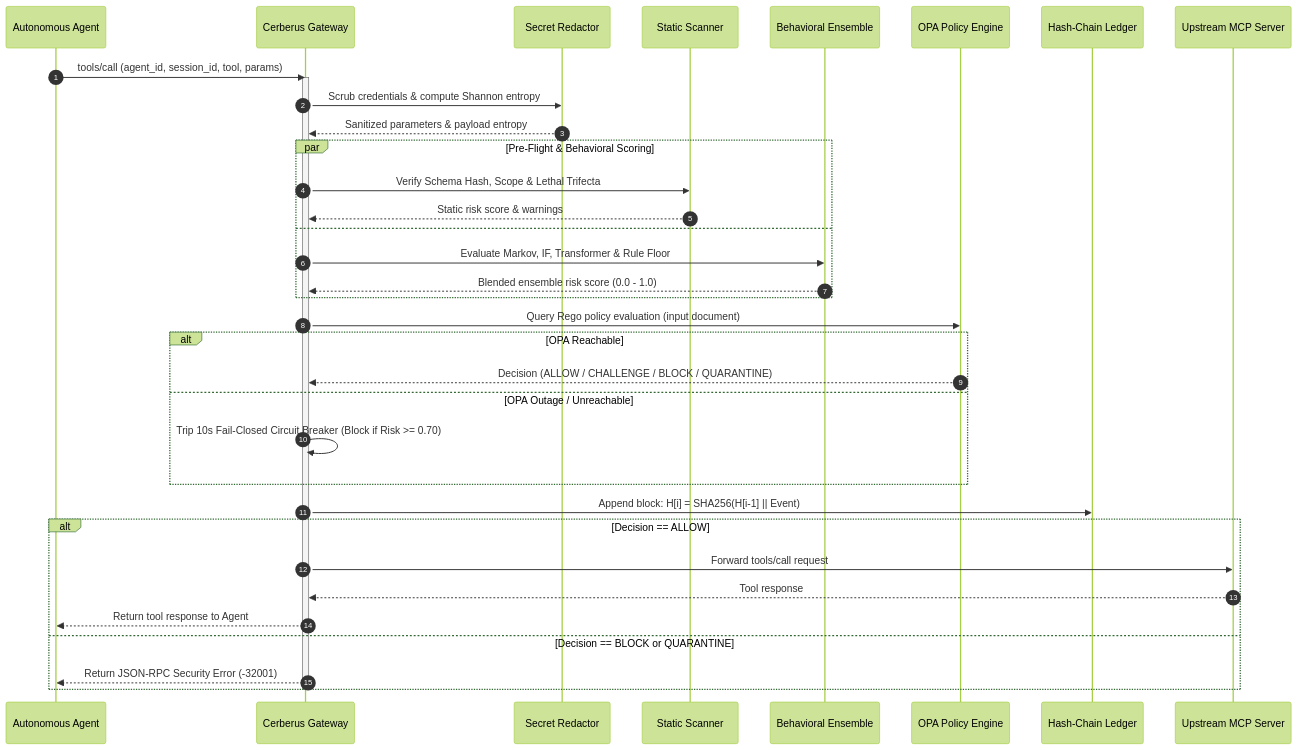
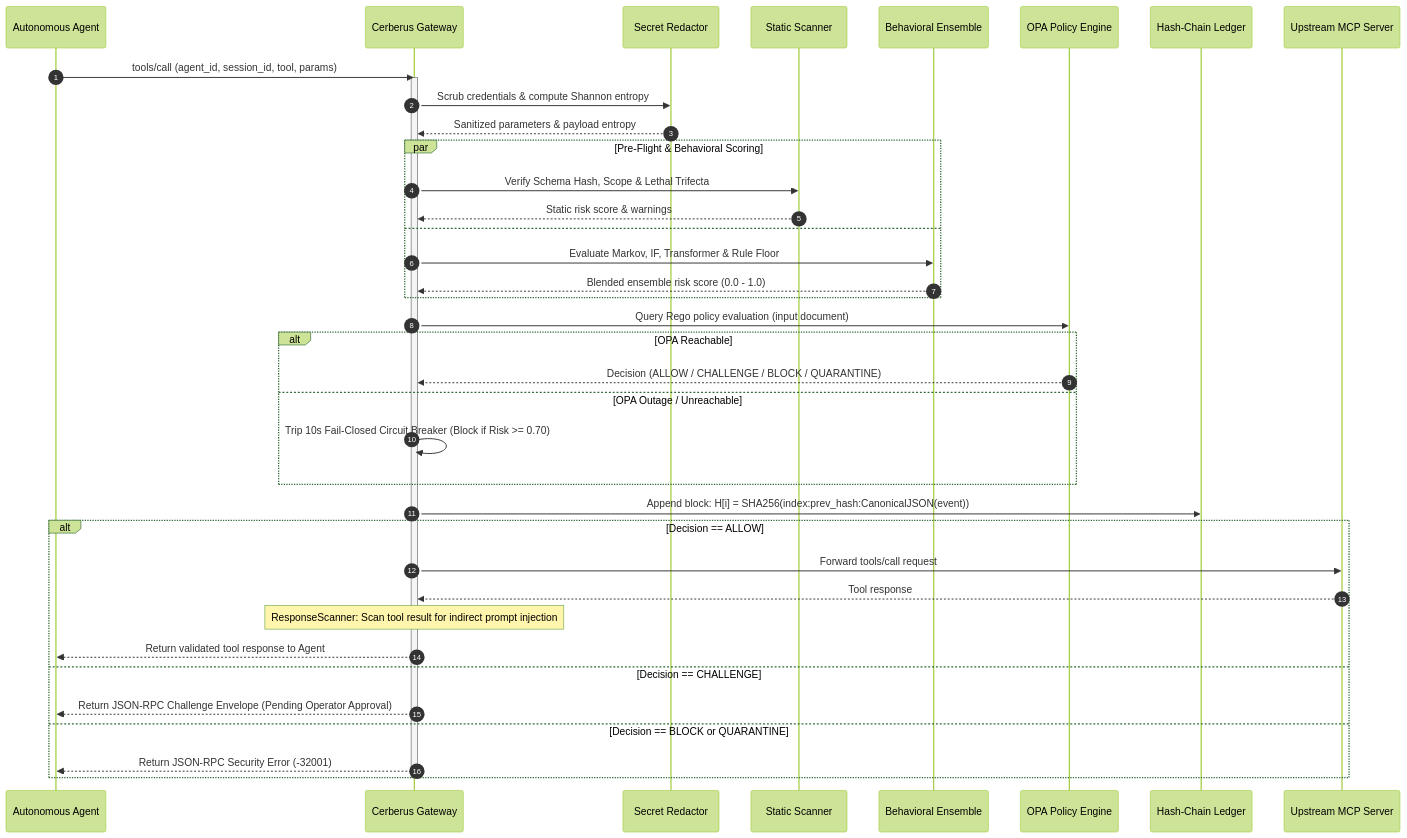
One commit to Debddj/Cerberus changed the third of 5 diagrams in README.md. Above: the diagram before and after it, drawn with Mermaid (forest theme). The commit also changed other lines of this file and 38 other files, not shown here.

````diff
--- a/README.md
+++ b/README.md
@@ -217,43 +220,46 @@
 ```mermaid
 sequenceDiagram
     autonumber
     participant A as Autonomous Agent
     participant C as Cerberus Gateway
     participant R as Secret Redactor
     participant S as Static Scanner
     participant B as Behavioral Ensemble
     participant O as OPA Policy Engine
     participant L as Hash-Chain Ledger
     participant U as Upstream MCP Server
 
     A->>C: tools/call (agent_id, session_id, tool, params)
     activate C
     C->>R: Scrub credentials & compute Shannon entropy
     R-->>C: Sanitized parameters & payload entropy
     
     par Pre-Flight & Behavioral Scoring
         C->>S: Verify Schema Hash, Scope & Lethal Trifecta
         S-->>C: Static risk score & warnings
     and
         C->>B: Evaluate Markov, IF, Transformer & Rule Floor
         B-->>C: Blended ensemble risk score (0.0 - 1.0)
     end
 
     C->>O: Query Rego policy evaluation (input document)
     alt OPA Reachable
         O-->>C: Decision (ALLOW / CHALLENGE / BLOCK / QUARANTINE)
     else OPA Outage / Unreachable
         C->>C: Trip 10s Fail-Closed Circuit Breaker (Block if Risk >= 0.70)
     end
 
-    C->>L: Append block: H[i] = SHA256(H[i-1] || Event)
+    C->>L: Append block: H[i] = SHA256(index:prev_hash:CanonicalJSON(event))
     
     alt Decision == ALLOW
         C->>U: Forward tools/call request
         U-->>C: Tool response
-        C-->>A: Return tool response to Agent
+        Note over C: ResponseScanner: Scan tool result for indirect prompt injection
+        C-->>A: Return validated tool response to Agent
+    else Decision == CHALLENGE
+        C-->>A: Return JSON-RPC Challenge Envelope (Pending Operator Approval)
     else Decision == BLOCK or QUARANTINE
         C-->>A: Return JSON-RPC Security Error (-32001)
     end
     deactivate C
 ```
````
